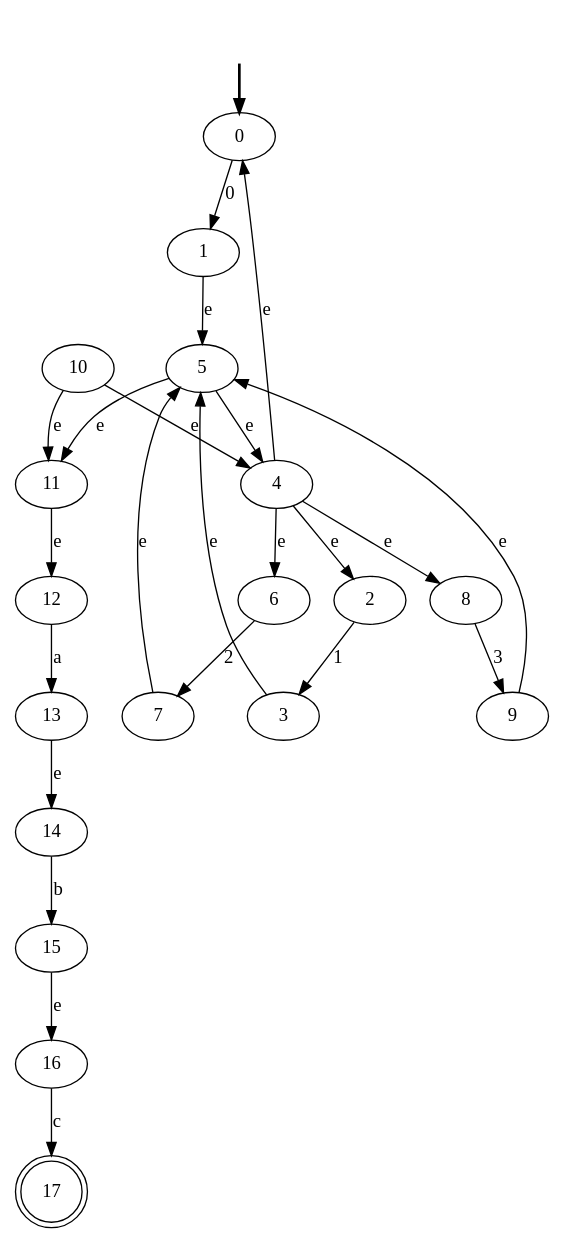
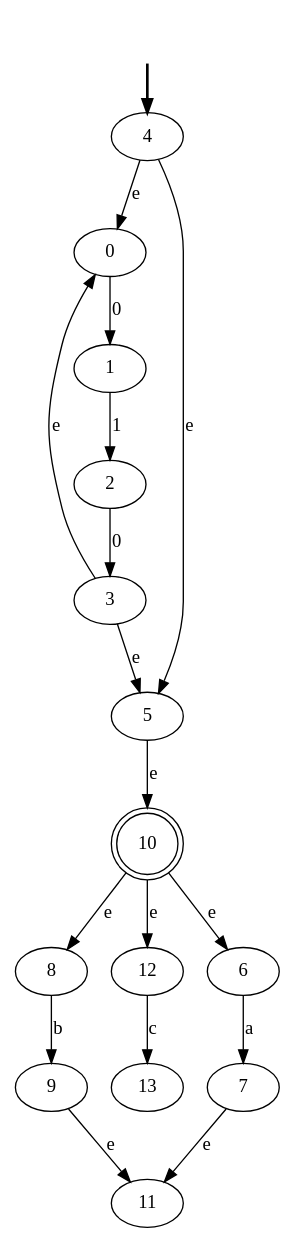
Before and after one commit to maupeon/Compiladores: the diagram in Tarea 1/output.dot, drawn with Graphviz. The commit also changed 6 other files, not shown here.

Commit message:
Graphics added 2

```diff
--- a/Tarea 1/output.dot
+++ b/Tarea 1/output.dot
@@ -1,44 +1,33 @@
 digraph {
 	fake0 [style=invisible]
-	8
-	3
-	11
-	6
-	13
-	4
-	2
-	5
-	14
-	12
-	15
 	9
 	1
-	17 [shape=doublecircle]
-	0 [root=true]
-	10
+	8
+	11
+	12
+	3
+	6
+	4 [root=true]
+	0
+	5
+	10 [shape=doublecircle]
+	2
 	7
-	16
-	fake0 -> 0 [style=bold]
+	fake0 -> 4 [style=bold]
 	0 -> 1 [label=0]
-	2 -> 3 [label=1]
+	1 -> 2 [label=1]
+	2 -> 3 [label=0]
 	4 -> 0 [label=e]
-	4 -> 8 [label=e]
-	4 -> 2 [label=e]
-	4 -> 6 [label=e]
-	1 -> 5 [label=e]
+	4 -> 5 [label=e]
+	3 -> 0 [label=e]
 	3 -> 5 [label=e]
-	6 -> 7 [label=2]
-	7 -> 5 [label=e]
-	8 -> 9 [label=3]
-	9 -> 5 [label=e]
-	10 -> 4 [label=e]
-	10 -> 11 [label=e]
-	5 -> 4 [label=e]
-	5 -> 11 [label=e]
-	12 -> 13 [label=a]
-	11 -> 12 [label=e]
-	14 -> 15 [label=b]
-	13 -> 14 [label=e]
-	16 -> 17 [label=c]
-	15 -> 16 [label=e]
+	6 -> 7 [label=a]
+	8 -> 9 [label=b]
+	10 -> 8 [label=e]
+	10 -> 6 [label=e]
+	10 -> 12 [label=e]
+	7 -> 11 [label=e]
+	9 -> 11 [label=e]
+	12 -> 13 [label=c]
+	5 -> 10 [label=e]
 }
```
